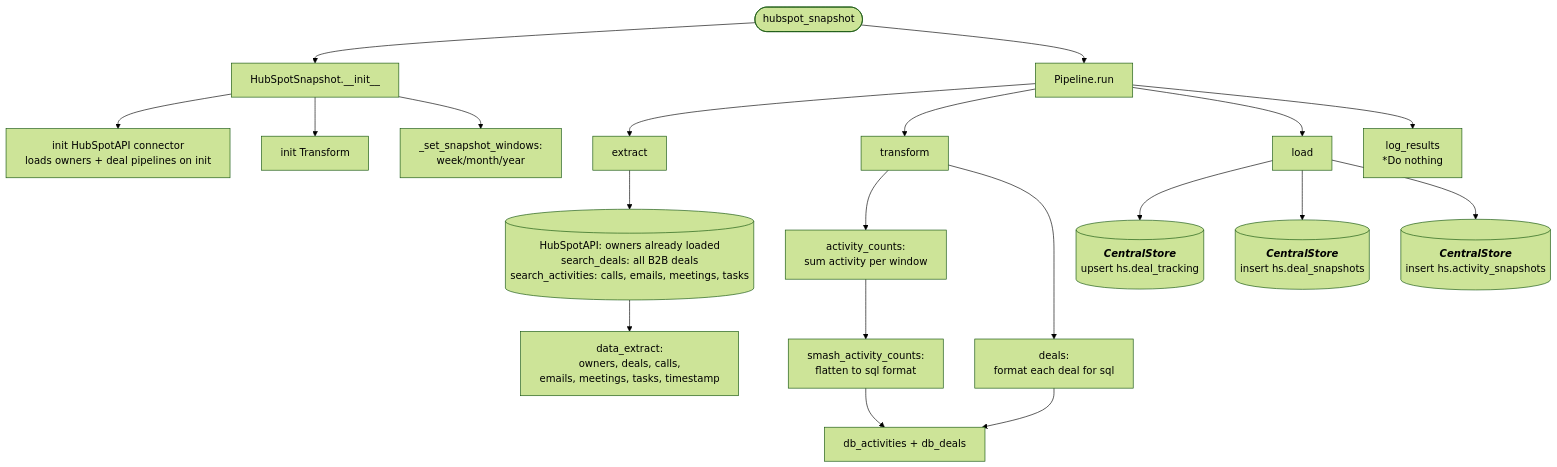
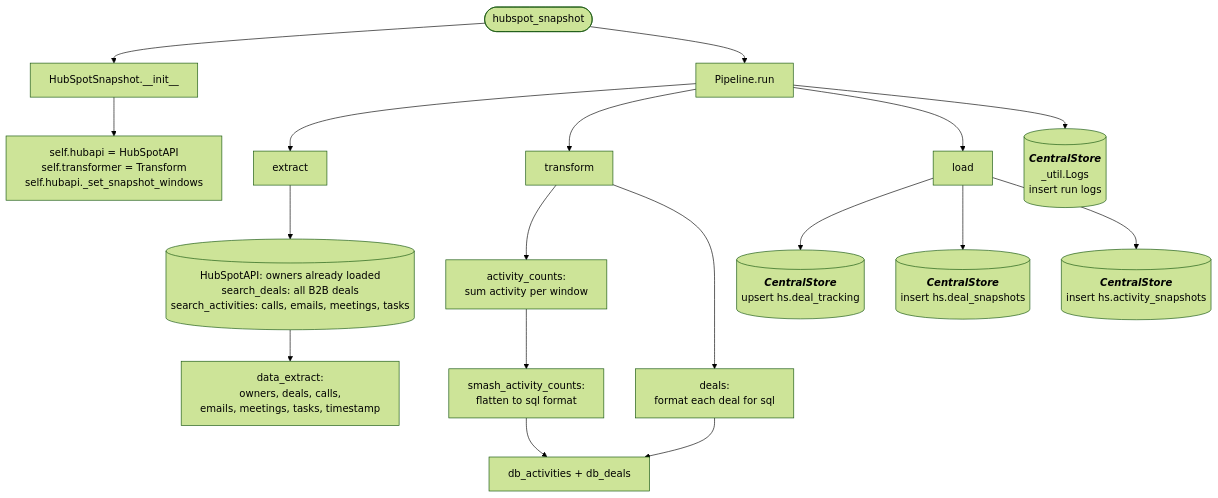
One commit to journeyhl/integration-platform changed the diagram in docs/pipelines/hubspot_snapshot.md. Above: the diagram before and after it, drawn with Mermaid (forest theme). The commit also changed 25 other files, not shown here.

````diff
--- a/docs/pipelines/hubspot_snapshot.md
+++ b/docs/pipelines/hubspot_snapshot.md
@@ -1,42 +1,46 @@
 ```mermaid
 %%{init: {"flowchart": {"wrappingWidth": 400}}}%%
 flowchart TD
     A([hubspot_snapshot]) --> B[HubSpotSnapshot.__init__]
-    B --> B1[init HubSpotAPI connector<br/>loads owners + deal pipelines on init]
-    B --> B2[init Transform]
-    B --> B3[_set_snapshot_windows:
-     week/month/year]
+    B --> B1[ 
+        self.hubapi = HubSpotAPI
+        self.transformer = Transform
+        self.hubapi._set_snapshot_windows
+    ]
     A --> RUN[Pipeline.run]
 
     RUN --> EX[extract]
     EX --> HS[(HubSpotAPI: owners already loaded
     search_deals: all B2B deals
     search_activities: calls, emails, meetings, tasks)]
     HS --> EX_OUT[data_extract:
     owners, deals, calls,<br/>emails, meetings, tasks, timestamp]
 
     RUN --> TR[transform]
     TR --> T1[activity_counts: 
     sum activity per window ]
     T1 --> T2[smash_activity_counts: 
     flatten to sql format]
     TR --> T3[deals: 
     format each deal for sql]
     T2 & T3 --> TR_OUT[db_activities + db_deals]
 
     RUN --> LD[load]
     LD --> CS1[(
         <b><i>CentralStore</i></b>
         upsert hs.deal_tracking
     )]
     LD --> CS2[(
         <b><i>CentralStore</i></b>
         insert hs.deal_snapshots
     )]
     LD --> CS3[(
         <b><i>CentralStore</i></b>
         insert hs.activity_snapshots
     )]
 
-    RUN --> LR[log_results<br/>*Do nothing]
+    RUN --> LOGS[(
+        <b><i>CentralStore</i></b>
+        _util.Logs<br/>insert run logs
+    )]
 ```
````
